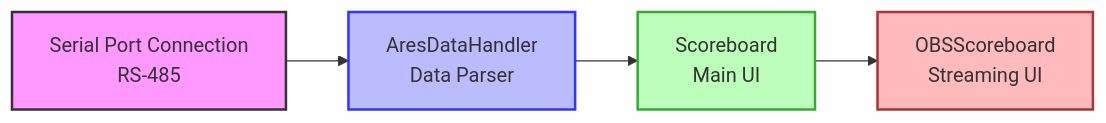
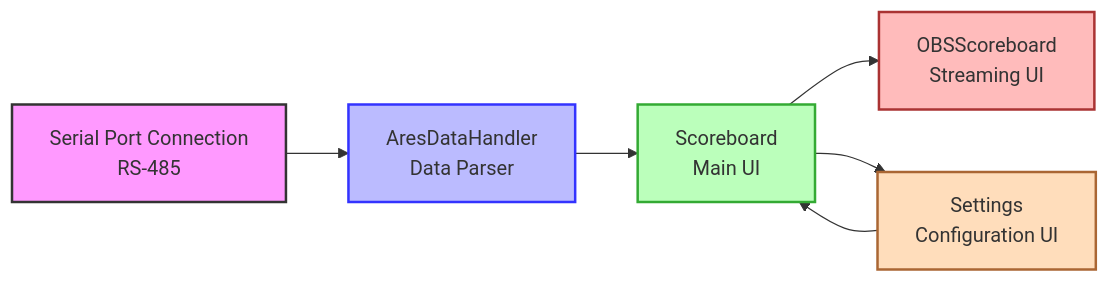
Before and after one commit to fvishram/SRAYSScoreboard: the diagram in docs/ARCHITECTURE.md, drawn with Mermaid. The commit also changed other lines of this file and 4 other files, not shown here.

Commit message:
Update documentation to reflect externalized settings UI and add detailed DB9 connector pin layout diagrams

````diff
--- a/docs/ARCHITECTURE.md
+++ b/docs/ARCHITECTURE.md
@@ -9,11 +9,19 @@
 ```mermaid
 flowchart LR
-    A[Serial Port Connection\nRS-485] --> B[AresDataHandler\nData Parser]
-    B --> C[Scoreboard\nMain UI]
-    C --> D[OBSScoreboard\nStreaming UI]
+    A["Serial Port Connection
+    RS-485"] --> B["AresDataHandler
+    Data Parser"]
+    B --> C["Scoreboard
+    Main UI"]
+    C --> D["OBSScoreboard
+    Streaming UI"]
+    C --> E["Settings
+    Configuration UI"]
+    E --> C
     
     style A fill:#f9f,stroke:#333,stroke-width:2px
     style B fill:#bbf,stroke:#33f,stroke-width:2px
     style C fill:#bfb,stroke:#3a3,stroke-width:2px
     style D fill:#fbb,stroke:#a33,stroke-width:2px
+    style E fill:#fdb,stroke:#a63,stroke-width:2px
 ```
````
